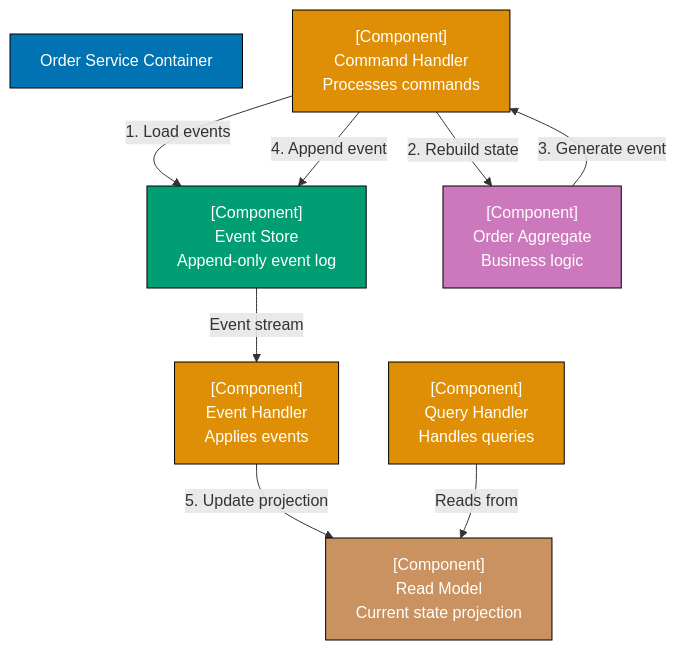
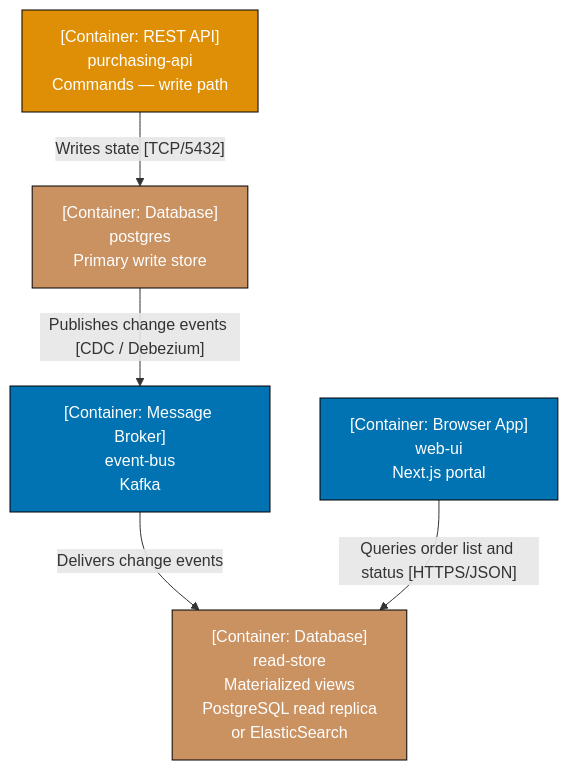
Before and after one commit to wahidyankf/open-sharia-enterprise: the fifth of 30 diagrams in apps/ayokoding-web/content/en/learn/software-engineering/architecture/c4-architecture-model/by-example/intermediate.md, drawn with Mermaid. The commit also changed other lines of this file and 38 other files, not shown here.

First line of the commit message:
docs(ayokoding-web): unify architecture tutorials on shared P2P domain

````diff
--- a/apps/ayokoding-web/content/en/learn/software-engineering/architecture/c4-architecture-model/by-example/intermediate.md
+++ b/apps/ayokoding-web/content/en/learn/software-engineering/architecture/c4-architecture-model/by-example/intermediate.md
@@ -78,31 +159,19 @@
 ```mermaid
 graph TD
-    OrderService["Order Service Container"]
+    PurchAPI["[Container: REST API]<br/>purchasing-api<br/>Commands — write path"]
+    PG["[Container: Database]<br/>postgres<br/>Primary write store"]
+    EventBus["[Container: Message Broker]<br/>event-bus<br/>Kafka"]
+    ReadStore["[Container: Database]<br/>read-store<br/>Materialized views<br/>PostgreSQL read replica<br/>or ElasticSearch"]
+    WebUI["[Container: Browser App]<br/>web-ui<br/>Next.js portal"]
 
-    CommandHandler["[Component]<br/>Command Handler<br/>Processes commands"]
-    EventStore["[Component]<br/>Event Store<br/>Append-only event log"]
-    EventHandler["[Component]<br/>Event Handler<br/>Applies events"]
+    PurchAPI -->|"Writes state [TCP/5432]"| PG
+    PG -->|"Publishes change events [CDC / Debezium]"| EventBus
+    EventBus -->|"Delivers change events"| ReadStore
+    WebUI -->|"Queries order list and status [HTTPS/JSON]"| ReadStore
 
-    Aggregate["[Component]<br/>Order Aggregate<br/>Business logic"]
-    ReadModel["[Component]<br/>Read Model<br/>Current state projection"]
-
-    QueryHandler["[Component]<br/>Query Handler<br/>Handles queries"]
-
-    CommandHandler -->|"1. Load events"| EventStore
-    CommandHandler -->|"2. Rebuild state"| Aggregate
-    Aggregate -->|"3. Generate event"| CommandHandler
-    CommandHandler -->|"4. Append event"| EventStore
-
-    EventStore -->|"Event stream"| EventHandler
-    EventHandler -->|"5. Update projection"| ReadModel
-
-    QueryHandler -->|"Reads from"| ReadModel
-
-    style OrderService fill:#0173B2,stroke:#000,color:#fff
-    style CommandHandler fill:#DE8F05,stroke:#000,color:#fff
-    style EventStore fill:#029E73,stroke:#000,color:#fff
-    style EventHandler fill:#DE8F05,stroke:#000,color:#fff
-    style Aggregate fill:#CC78BC,stroke:#000,color:#fff
-    style ReadModel fill:#CA9161,stroke:#000,color:#fff
-    style QueryHandler fill:#DE8F05,stroke:#000,color:#fff
+    style PurchAPI fill:#DE8F05,stroke:#000,color:#fff
+    style PG fill:#CA9161,stroke:#000,color:#fff
+    style EventBus fill:#0173B2,stroke:#000,color:#fff
+    style ReadStore fill:#CA9161,stroke:#000,color:#fff
+    style WebUI fill:#0173B2,stroke:#000,color:#fff
 ```
````
